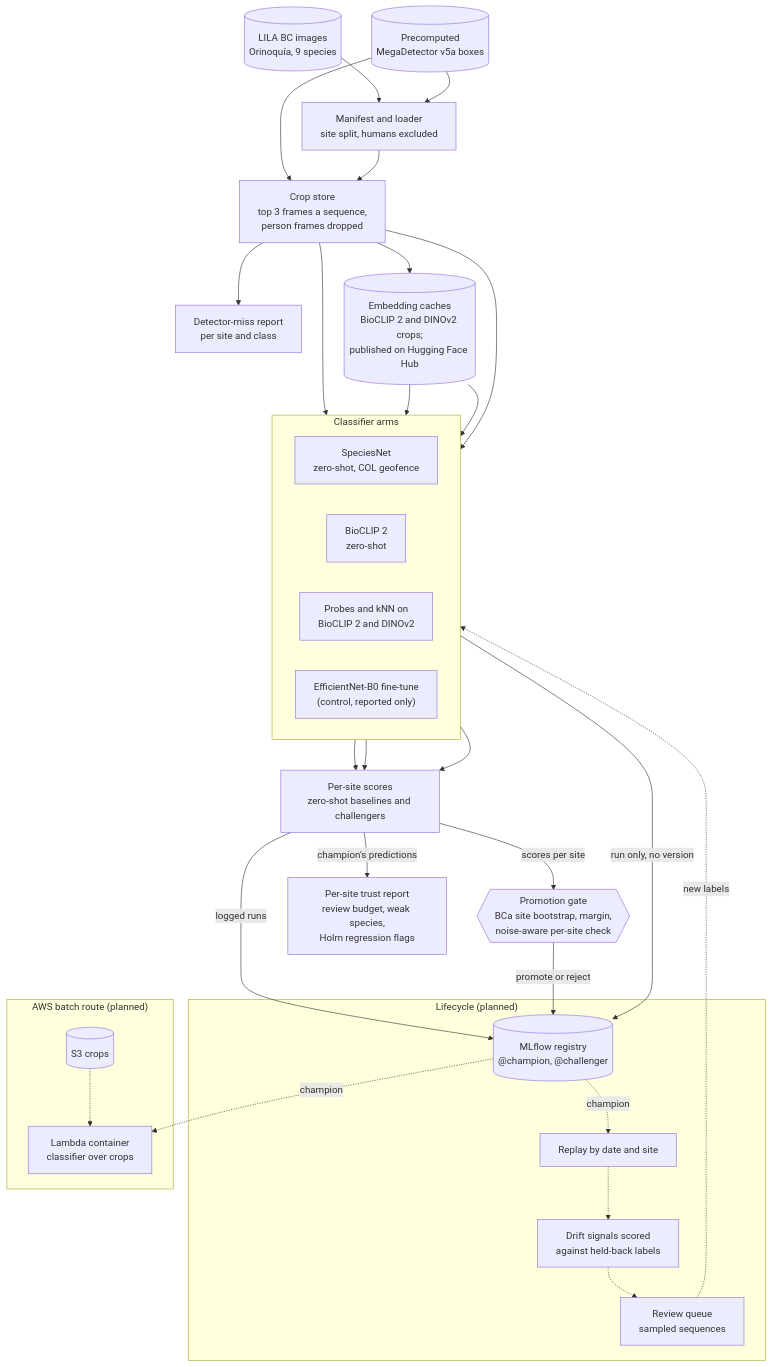
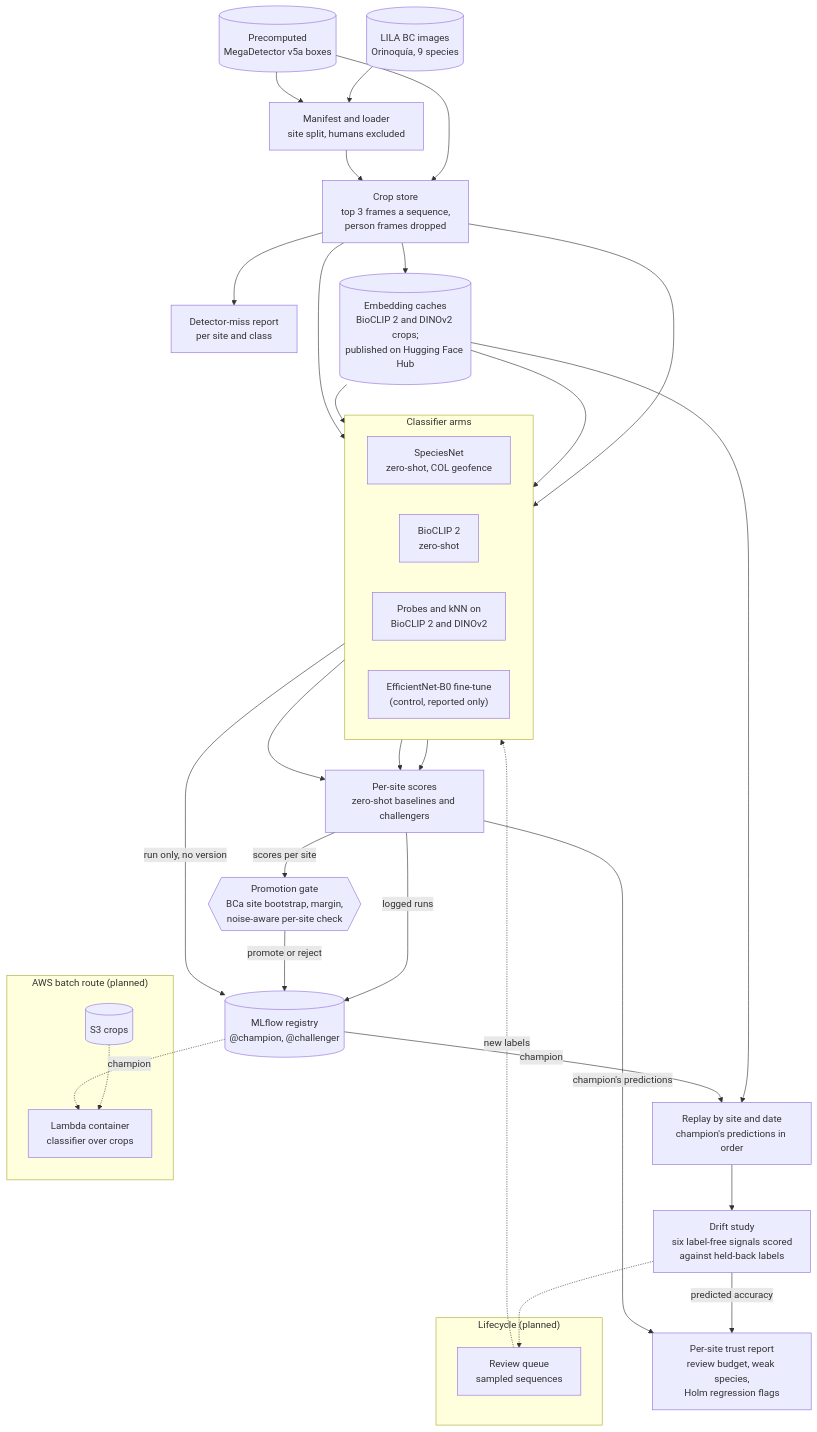
The diagram in README.md (benmacp123/camera-trap-mlops), drawn with Mermaid before and after one commit. The commit also changed other lines of this file and 21 other files, not shown here.

First line of the commit message:
Enhance trust report with predicted accuracy from drift study

````diff
--- a/README.md
+++ b/README.md
@@ -295,52 +366,57 @@
 ```mermaid
 flowchart TB
     lila[("LILA BC images<br>Orinoquía, 9 species")] --> manifest["Manifest and loader<br>site split, humans excluded"]
     mdv5a[("Precomputed<br>MegaDetector v5a boxes")] --> manifest
     mdv5a --> crops["Crop store<br>top 3 frames a sequence,<br>person frames dropped"]
     manifest --> crops
     crops --> misses["Detector-miss report<br>per site and class"]
     crops --> embeddings[("Embedding caches<br>BioCLIP 2 and DINOv2 crops;<br>published on Hugging Face Hub")]
 
     subgraph arms ["Classifier arms"]
         direction LR
         speciesnet["SpeciesNet<br>zero-shot, COL geofence"]
         bioclip["BioCLIP 2<br>zero-shot"]
         probe["Probes and kNN on<br>BioCLIP 2 and DINOv2"]
         cnn["EfficientNet-B0 fine-tune<br>(control, reported only)"]
     end
 
     crops --> speciesnet
     embeddings --> bioclip
     embeddings --> probe
     crops --> cnn
 
     speciesnet --> baselines["Per-site scores<br>zero-shot baselines and challengers"]
     bioclip --> baselines
     probe --> baselines
 
     gate{{"Promotion gate<br>BCa site bootstrap, margin,<br>noise-aware per-site check"}}
 
     mlflow[("MLflow registry<br>@champion, @challenger")]
 
     report["Per-site trust report<br>review budget, weak species,<br>Holm regression flags"]
 
+    replay["Replay by site and date<br>champion's predictions in order"]
+    drift["Drift study<br>six label-free signals scored<br>against held-back labels"]
+
     subgraph lifecycle ["Lifecycle (planned)"]
-        replay["Replay by date and site"]
-        drift["Drift signals scored<br>against held-back labels"]
         review["Review queue<br>sampled sequences"]
-        mlflow -. "champion" .-> replay -.-> drift -.-> review
     end
+
+    embeddings --> replay
+    mlflow -- "champion" --> replay --> drift
+    drift -- "predicted accuracy" --> report
+    drift -.-> review
 
     baselines -- "scores per site" --> gate
     baselines -- "champion's predictions" --> report
     baselines -- "logged runs" --> mlflow
     cnn -- "run only, no version" --> mlflow
     gate -- "promote or reject" --> mlflow
     review -. "new labels" .-> arms
 
     subgraph aws ["AWS batch route (planned)"]
         s3[("S3 crops")] -.-> lambda["Lambda container<br>classifier over crops"]
     end
 
     mlflow -. "champion" .-> lambda
 ```
````
